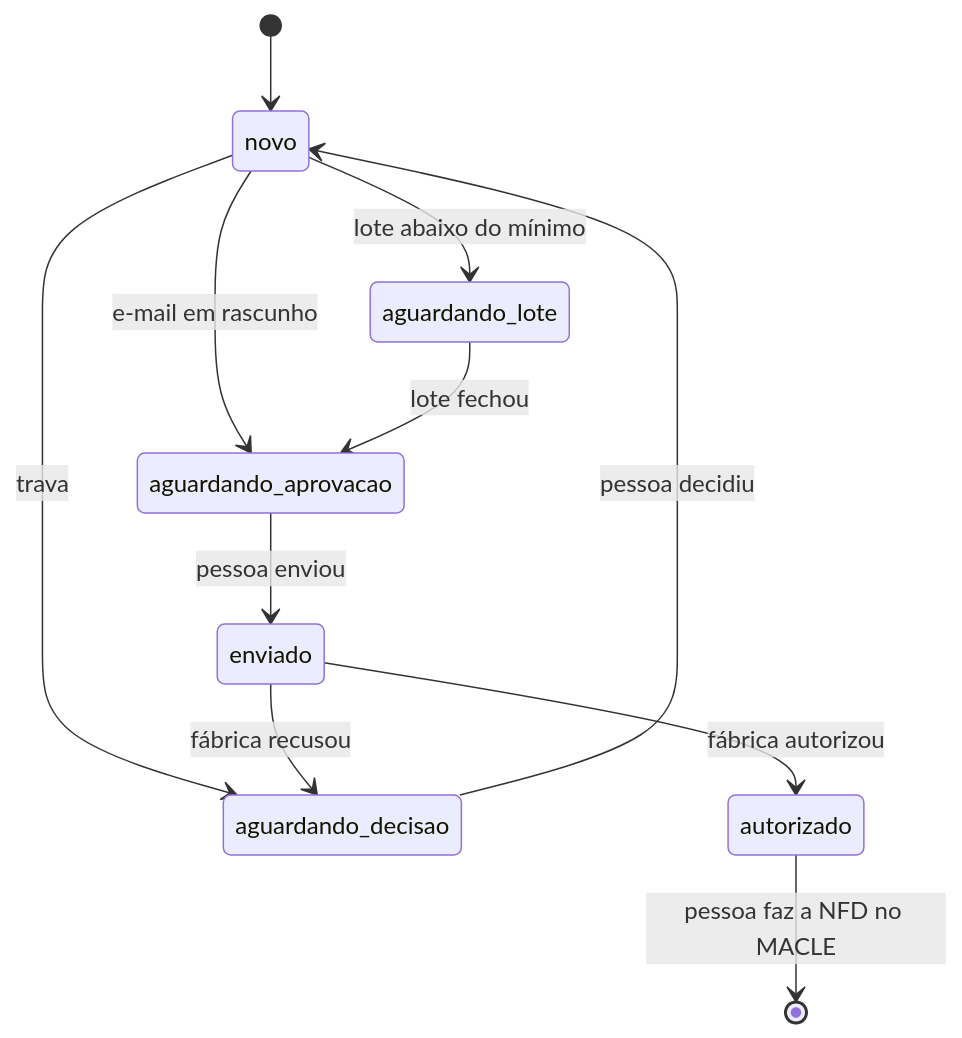
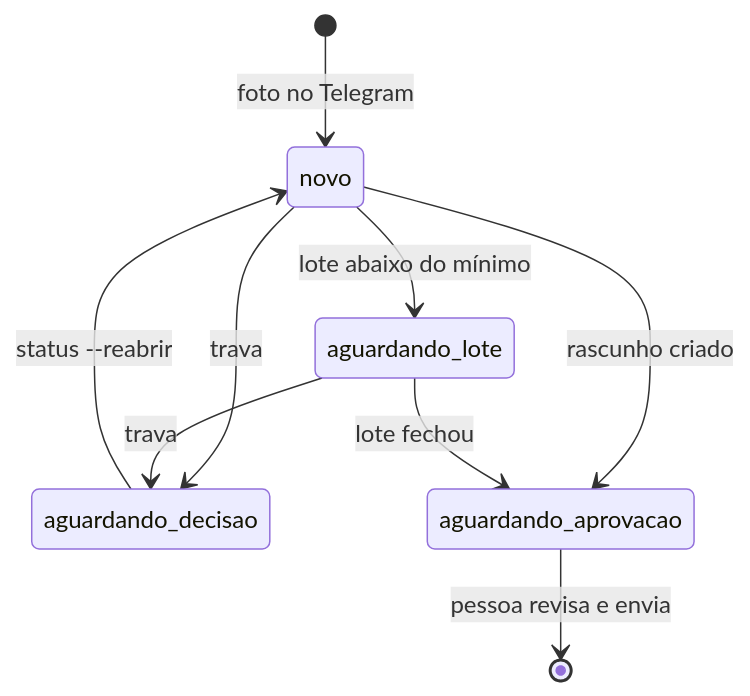
The second of 2 diagrams in README.md (angelofonseca/automacao-devolucoes-macle), drawn with Mermaid before and after one commit. The commit also changed other lines of this file and 14 other files, not shown here.

````diff
--- a/README.md
+++ b/README.md
@@ -94,13 +210,11 @@
 ```mermaid
 stateDiagram-v2
-    [*] --> novo
+    [*] --> novo: foto no Telegram
     novo --> aguardando_lote: lote abaixo do mínimo
     novo --> aguardando_decisao: trava
-    novo --> aguardando_aprovacao: e-mail em rascunho
+    novo --> aguardando_aprovacao: rascunho criado
     aguardando_lote --> aguardando_aprovacao: lote fechou
-    aguardando_decisao --> novo: pessoa decidiu
-    aguardando_aprovacao --> enviado: pessoa enviou
-    enviado --> autorizado: fábrica autorizou
-    enviado --> aguardando_decisao: fábrica recusou
-    autorizado --> [*]: pessoa faz a NFD no MACLE
+    aguardando_lote --> aguardando_decisao: trava
+    aguardando_decisao --> novo: status --reabrir
+    aguardando_aprovacao --> [*]: pessoa revisa e envia
 ```
````
